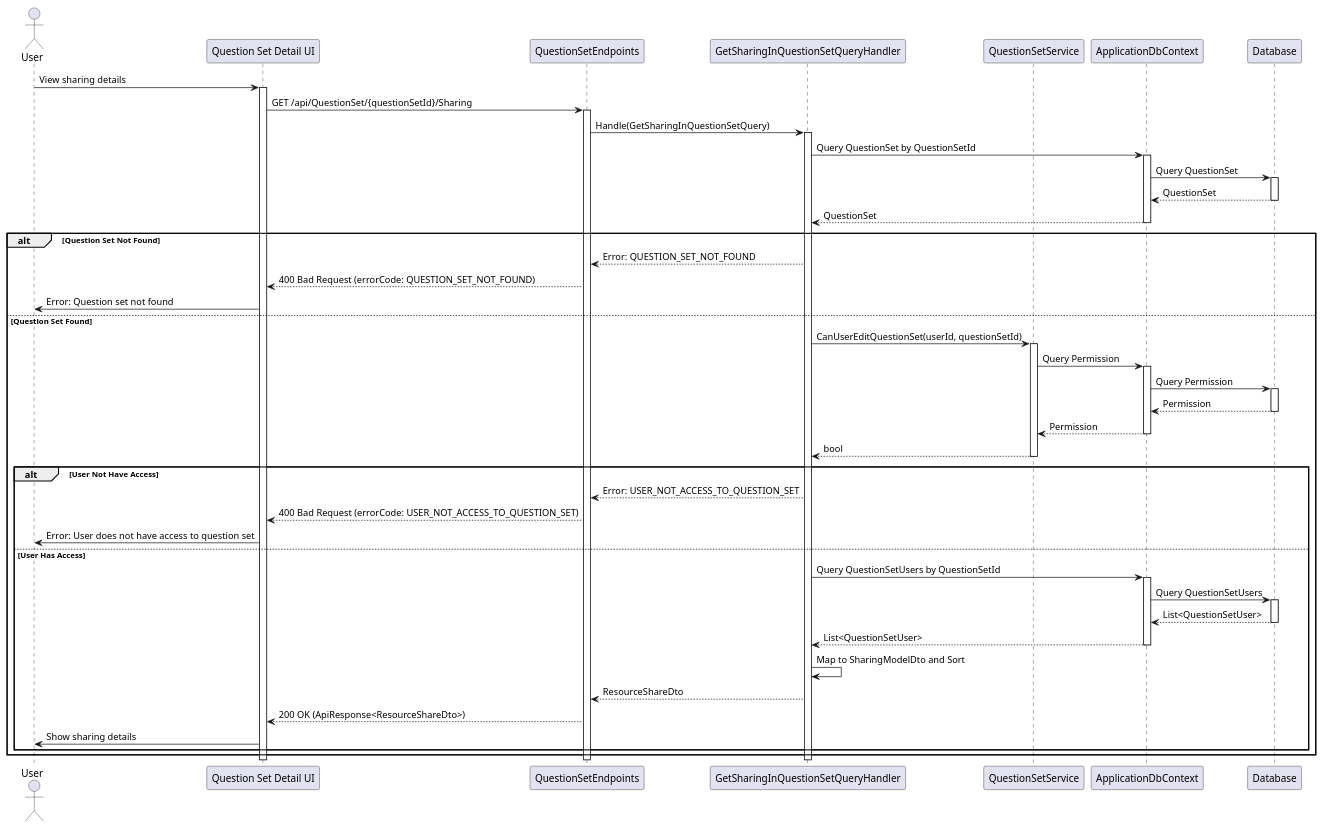
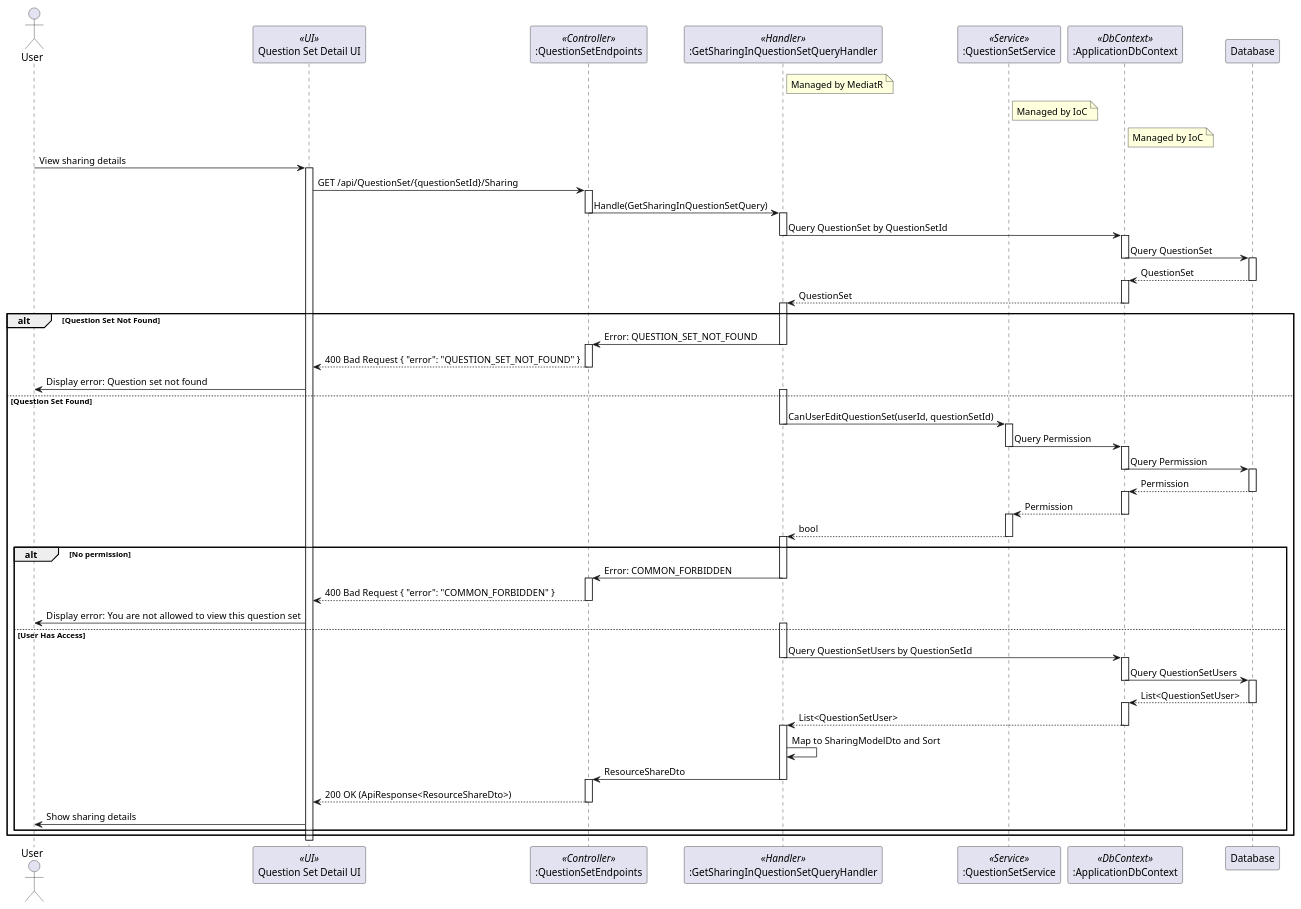
Before and after one commit to thanhkhac/SEP_Diagram: the diagram in QuestionSets/Sequence/GetSharingInQuestionSetQuery.puml, drawn with PlantUML. The commit also changed 23 other files, not shown here.

Commit message:
Enhance sequence diagrams for QuestionSet and TestTemplate

```diff
--- a/QuestionSets/Sequence/GetSharingInQuestionSetQuery.puml
+++ b/QuestionSets/Sequence/GetSharingInQuestionSetQuery.puml
@@ -1,63 +1,100 @@
 @startuml
 actor User
-participant "Question Set Detail UI" as UI
-participant QuestionSetEndpoints
-participant GetSharingInQuestionSetQueryHandler as Handler
-participant QuestionSetService
-participant ApplicationDbContext
+participant "Question Set Detail UI" as UI <<UI>>
+participant ":QuestionSetEndpoints" as QuestionSetEndpoints <<Controller>>
+participant ":GetSharingInQuestionSetQueryHandler" as GetSharingInQuestionSetQueryHandler <<Handler>>
+participant ":QuestionSetService" as QuestionSetService <<Service>>
+participant ":ApplicationDbContext" as ApplicationDbContext <<DbContext>>
 participant Database
+
+note right of GetSharingInQuestionSetQueryHandler
+  Managed by MediatR
+end note
+
+note right of QuestionSetService
+  Managed by IoC
+end note
+
+note right of ApplicationDbContext
+  Managed by IoC
+end note
 
 User -> UI : View sharing details
 activate UI
 UI -> QuestionSetEndpoints : GET /api/QuestionSet/{questionSetId}/Sharing
 activate QuestionSetEndpoints
-QuestionSetEndpoints -> Handler : Handle(GetSharingInQuestionSetQuery)
-activate Handler
-Handler -> ApplicationDbContext : Query QuestionSet by QuestionSetId
+QuestionSetEndpoints -> GetSharingInQuestionSetQueryHandler : Handle(GetSharingInQuestionSetQuery)
+deactivate QuestionSetEndpoints
+activate GetSharingInQuestionSetQueryHandler
+GetSharingInQuestionSetQueryHandler -> ApplicationDbContext : Query QuestionSet by QuestionSetId
+deactivate GetSharingInQuestionSetQueryHandler
 activate ApplicationDbContext
 ApplicationDbContext -> Database : Query QuestionSet
+deactivate ApplicationDbContext
 activate Database
 Database --> ApplicationDbContext : QuestionSet
 deactivate Database
-ApplicationDbContext --> Handler : QuestionSet
+activate ApplicationDbContext
+ApplicationDbContext --> GetSharingInQuestionSetQueryHandler : QuestionSet
 deactivate ApplicationDbContext
+activate GetSharingInQuestionSetQueryHandler
 alt Question Set Not Found
-    Handler --> QuestionSetEndpoints : Error: QUESTION_SET_NOT_FOUND
-    QuestionSetEndpoints --> UI : 400 Bad Request (errorCode: QUESTION_SET_NOT_FOUND)
-    UI -> User : Error: Question set not found
+    GetSharingInQuestionSetQueryHandler -> QuestionSetEndpoints : Error: QUESTION_SET_NOT_FOUND
+    deactivate GetSharingInQuestionSetQueryHandler
+    activate QuestionSetEndpoints
+    QuestionSetEndpoints --> UI : 400 Bad Request { "error": "QUESTION_SET_NOT_FOUND" }
+    deactivate QuestionSetEndpoints
+    UI -> User : Display error: Question set not found
 else Question Set Found
-    Handler -> QuestionSetService : CanUserEditQuestionSet(userId, questionSetId)
+    activate GetSharingInQuestionSetQueryHandler
+    GetSharingInQuestionSetQueryHandler -> QuestionSetService : CanUserEditQuestionSet(userId, questionSetId)
+    deactivate GetSharingInQuestionSetQueryHandler
     activate QuestionSetService
     QuestionSetService -> ApplicationDbContext : Query Permission
+    deactivate QuestionSetService
     activate ApplicationDbContext
     ApplicationDbContext -> Database : Query Permission
+    deactivate ApplicationDbContext
     activate Database
     Database --> ApplicationDbContext : Permission
     deactivate Database
+    activate ApplicationDbContext
     ApplicationDbContext --> QuestionSetService : Permission
     deactivate ApplicationDbContext
-    QuestionSetService --> Handler : bool
+    activate QuestionSetService
+    QuestionSetService --> GetSharingInQuestionSetQueryHandler : bool
     deactivate QuestionSetService
-    alt User Not Have Access
-        Handler --> QuestionSetEndpoints : Error: USER_NOT_ACCESS_TO_QUESTION_SET
-        QuestionSetEndpoints --> UI : 400 Bad Request (errorCode: USER_NOT_ACCESS_TO_QUESTION_SET)
-        UI -> User : Error: User does not have access to question set
+    activate GetSharingInQuestionSetQueryHandler
+    alt No permission
+        GetSharingInQuestionSetQueryHandler -> QuestionSetEndpoints : Error: COMMON_FORBIDDEN
+        deactivate GetSharingInQuestionSetQueryHandler
+        activate QuestionSetEndpoints
+        QuestionSetEndpoints --> UI : 400 Bad Request { "error": "COMMON_FORBIDDEN" }
+        deactivate QuestionSetEndpoints
+        UI -> User : Display error: You are not allowed to view this question set
     else User Has Access
-        Handler -> ApplicationDbContext : Query QuestionSetUsers by QuestionSetId
+        activate GetSharingInQuestionSetQueryHandler
+        GetSharingInQuestionSetQueryHandler -> ApplicationDbContext : Query QuestionSetUsers by QuestionSetId
+        deactivate GetSharingInQuestionSetQueryHandler
         activate ApplicationDbContext
         ApplicationDbContext -> Database : Query QuestionSetUsers
+        deactivate ApplicationDbContext
         activate Database
         Database --> ApplicationDbContext : List<QuestionSetUser>
         deactivate Database
-        ApplicationDbContext --> Handler : List<QuestionSetUser>
+        activate ApplicationDbContext
+        ApplicationDbContext --> GetSharingInQuestionSetQueryHandler : List<QuestionSetUser>
         deactivate ApplicationDbContext
-        Handler -> Handler : Map to SharingModelDto and Sort
-        Handler --> QuestionSetEndpoints : ResourceShareDto
+        activate GetSharingInQuestionSetQueryHandler
+        GetSharingInQuestionSetQueryHandler -> GetSharingInQuestionSetQueryHandler : Map to SharingModelDto and Sort
+        GetSharingInQuestionSetQueryHandler -> QuestionSetEndpoints : ResourceShareDto
+        deactivate GetSharingInQuestionSetQueryHandler
+        activate QuestionSetEndpoints
         QuestionSetEndpoints --> UI : 200 OK (ApiResponse<ResourceShareDto>)
+        deactivate QuestionSetEndpoints
         UI -> User : Show sharing details
     end
 end
-deactivate Handler
-deactivate QuestionSetEndpoints
 deactivate UI
+
 @enduml
```
